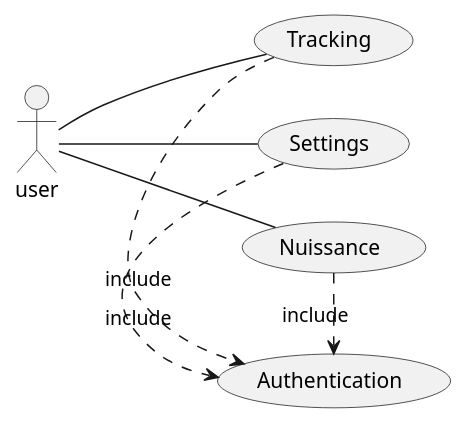
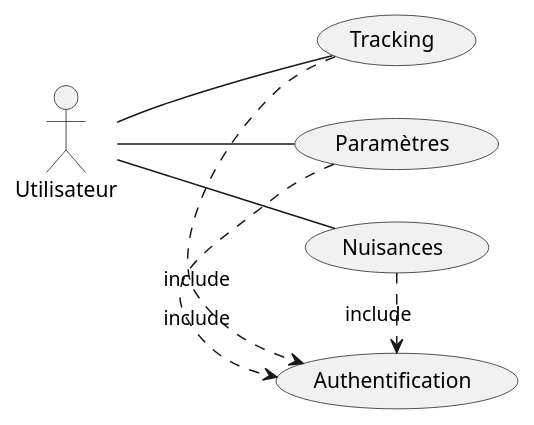
One commit to FocusCompany/Documents changed the diagram in AA2/Daemon/use_case.plantuml. Above: the diagram before and after it, drawn with PlantUML.

Commit message:
Fix language issues

```diff
--- a/AA2/Daemon/use_case.plantuml
+++ b/AA2/Daemon/use_case.plantuml
@@ -1,11 +1,11 @@
 @startuml
 left to right direction
 skinparam packageStyle rectangle
-actor user
-user -- (Tracking)
-user -- (Settings)
-user -- (Nuissance)
-(Tracking) .> (Authentication) : include
-(Settings) .> (Authentication) : include
-(Nuissance) .> (Authentication) : include
+actor Utilisateur
+Utilisateur -- (Tracking)
+Utilisateur -- (Paramètres)
+Utilisateur -- (Nuisances)
+(Tracking) .> (Authentification) : include
+(Paramètres) .> (Authentification) : include
+(Nuisances) .> (Authentification) : include
 @enduml
```
